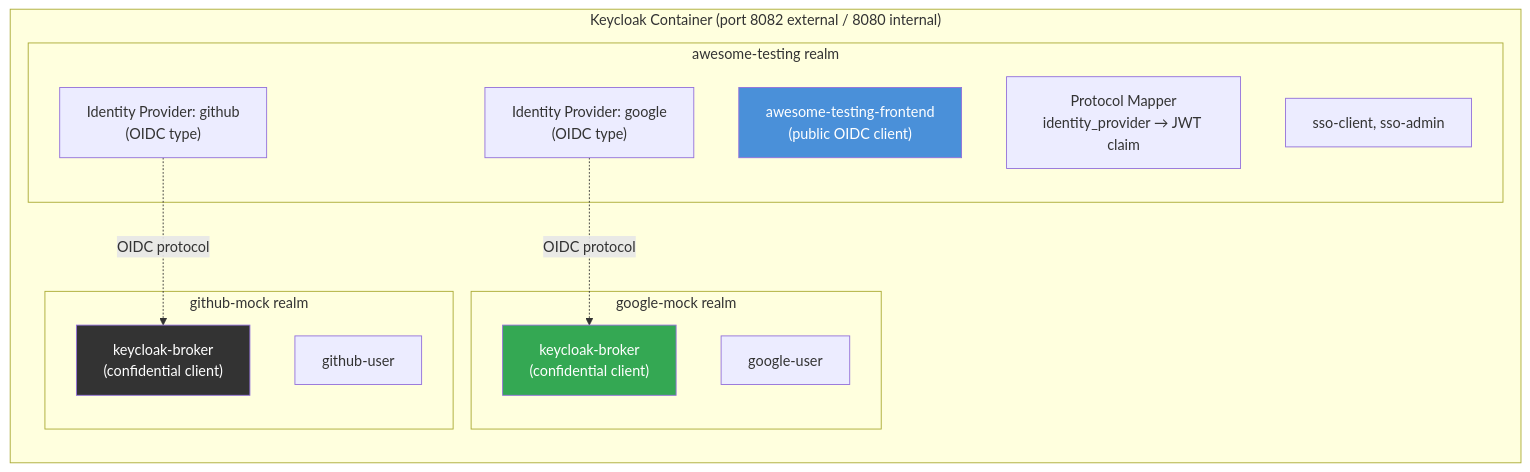
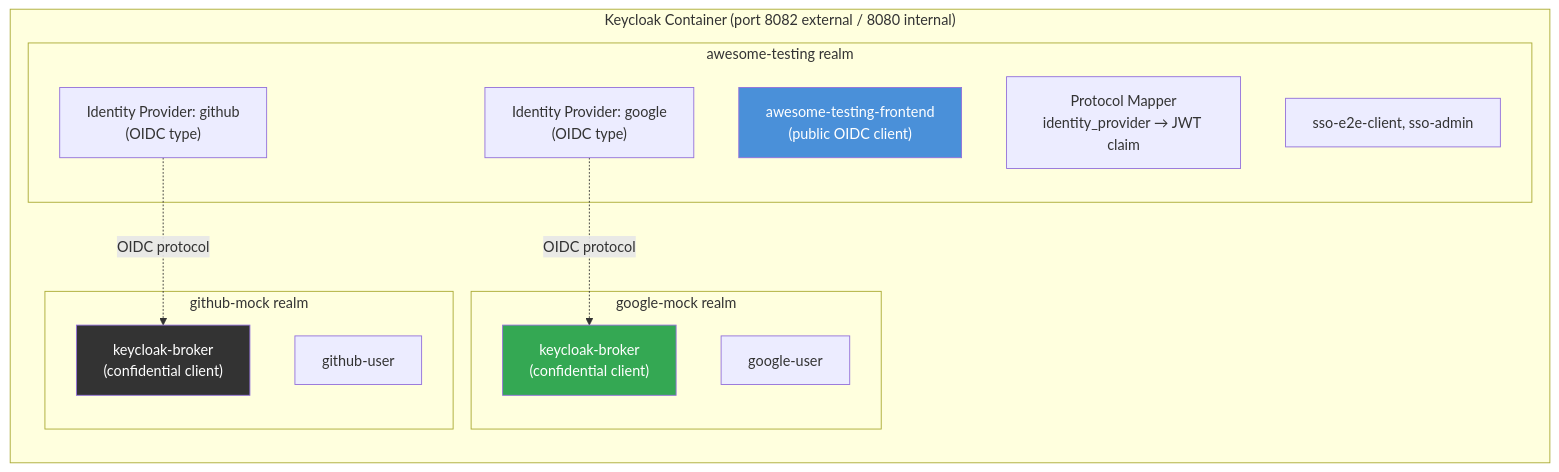
The second of 7 diagrams in docs/SOCIAL_LOGIN.md (slawekradzyminski/awesome-localstack), drawn with Mermaid before and after one commit. The commit also changed other lines of this file and 4 other files, not shown here.

````diff
--- a/docs/SOCIAL_LOGIN.md
+++ b/docs/SOCIAL_LOGIN.md
@@ -63,29 +63,29 @@
 ```mermaid
 graph LR
     subgraph "Keycloak Container (port 8082 external / 8080 internal)"
         subgraph "awesome-testing realm"
             CLIENT["awesome-testing-frontend<br/>(public OIDC client)"]
             IDP_G["Identity Provider: google<br/>(OIDC type)"]
             IDP_H["Identity Provider: github<br/>(OIDC type)"]
             MAPPER["Protocol Mapper<br/>identity_provider → JWT claim"]
-            USERS_AT["sso-client, sso-admin"]
+            USERS_AT["sso-e2e-client, sso-admin"]
         end
 
         subgraph "google-mock realm"
             BROKER_G["keycloak-broker<br/>(confidential client)"]
             USERS_G["google-user"]
         end
 
         subgraph "github-mock realm"
             BROKER_H["keycloak-broker<br/>(confidential client)"]
             USERS_H["github-user"]
         end
     end
 
     IDP_G -.->|"OIDC protocol"| BROKER_G
     IDP_H -.->|"OIDC protocol"| BROKER_H
 
     style CLIENT fill:#4A90D9,color:#fff
     style BROKER_G fill:#34A853,color:#fff
     style BROKER_H fill:#333,color:#fff
 ```
````
